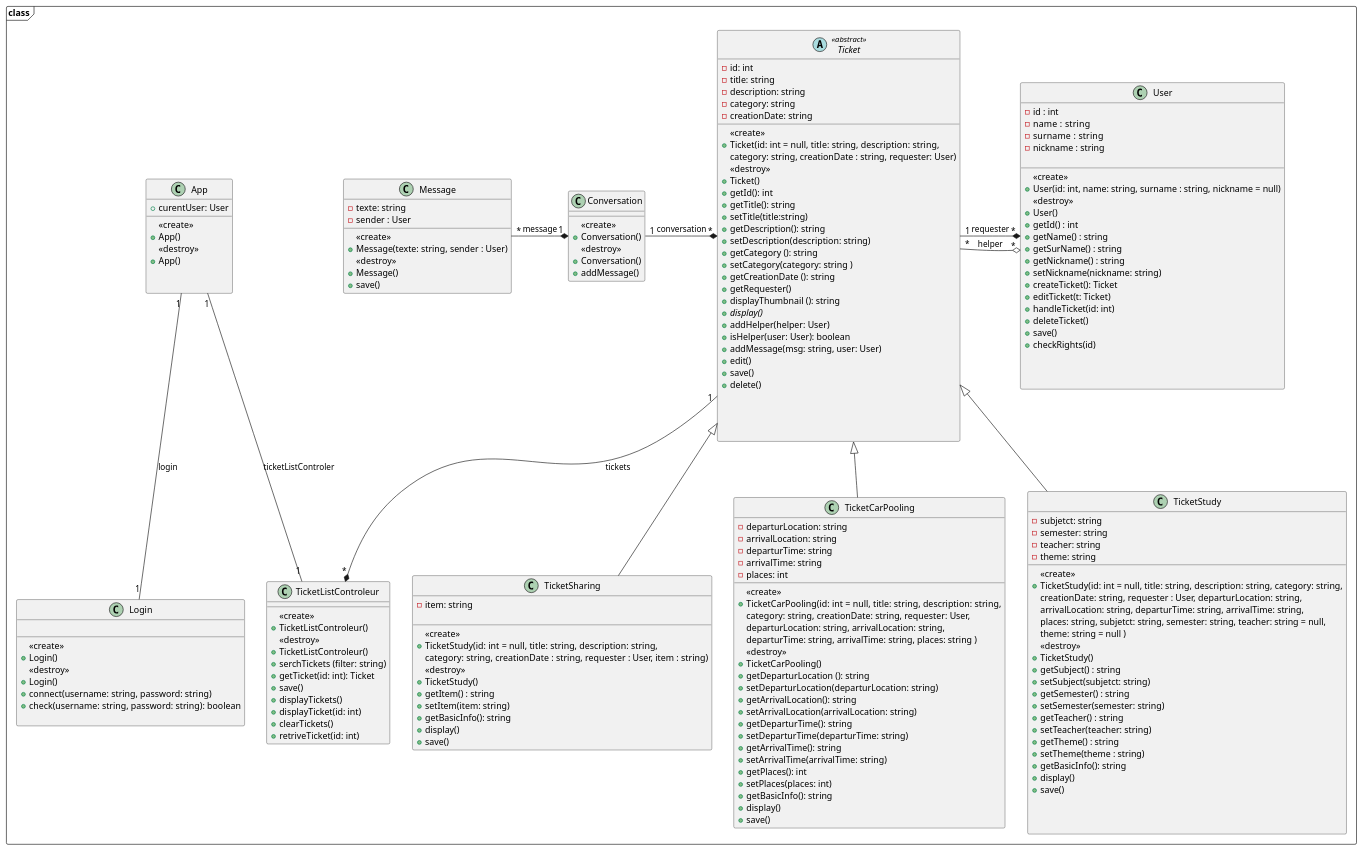
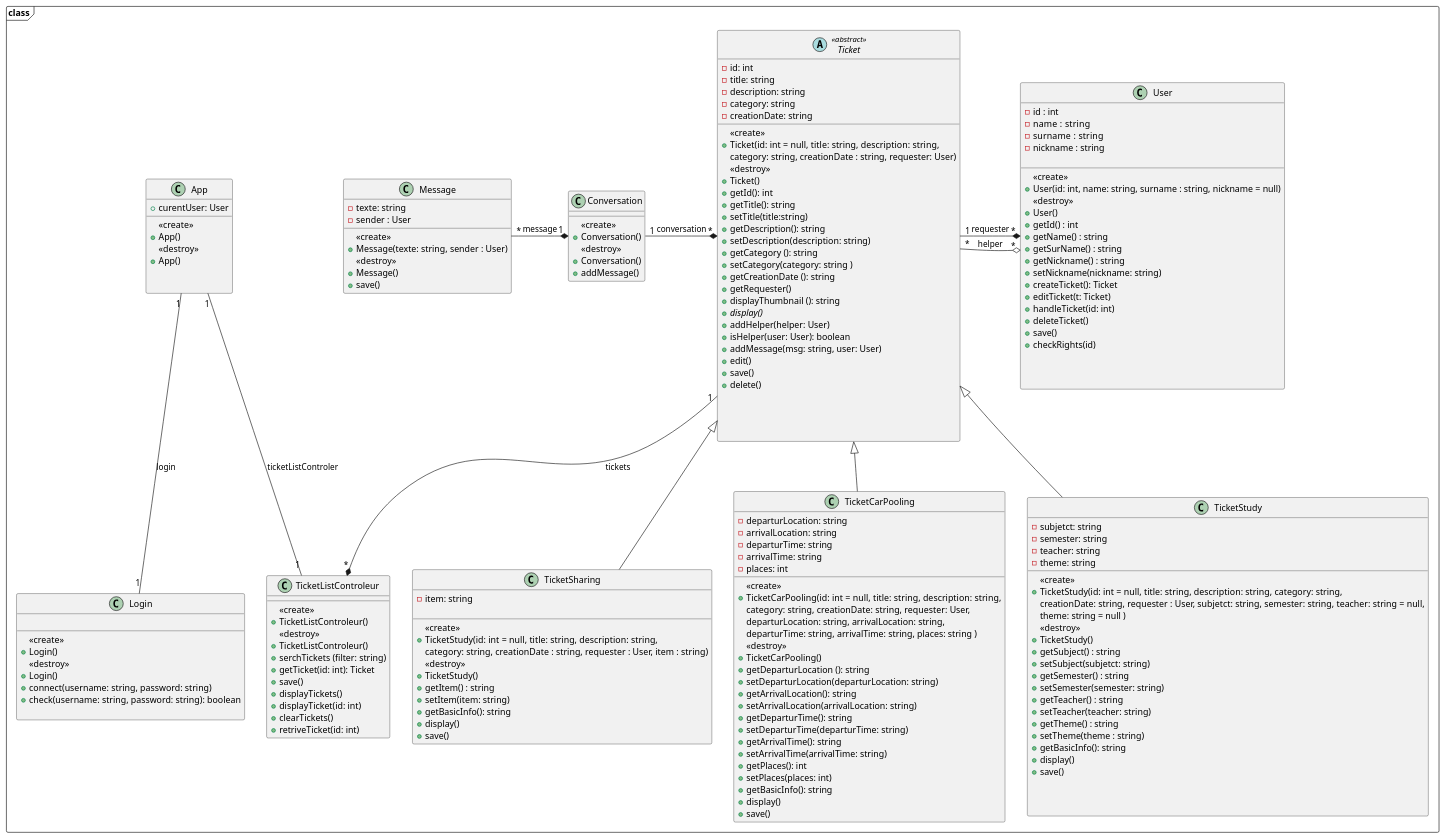
The diagram in docs/UML/Diagramme de classe.puml (dorianleveque/CoHub), drawn with PlantUML before and after one commit.

Commit message:
Update Diagramme de classe.puml

```diff
--- a/docs/UML/Diagramme de classe.puml
+++ b/docs/UML/Diagramme de classe.puml
@@ -96,9 +96,7 @@
 __
 <<create>>
 + TicketStudy(id: int = null, title: string, description:  string, category: string, 
-creationDate: string, requester : User, departurLocation: string, 
-arrivalLocation: string, departurTime: string, arrivalTime: string, 
-places: string, subjetct: string, semester: string, teacher: string = null,
+creationDate: string, requester : User, subjetct: string, semester: string, teacher: string = null,
  theme: string = null )
 <<destroy>>
 + TicketStudy()
```
